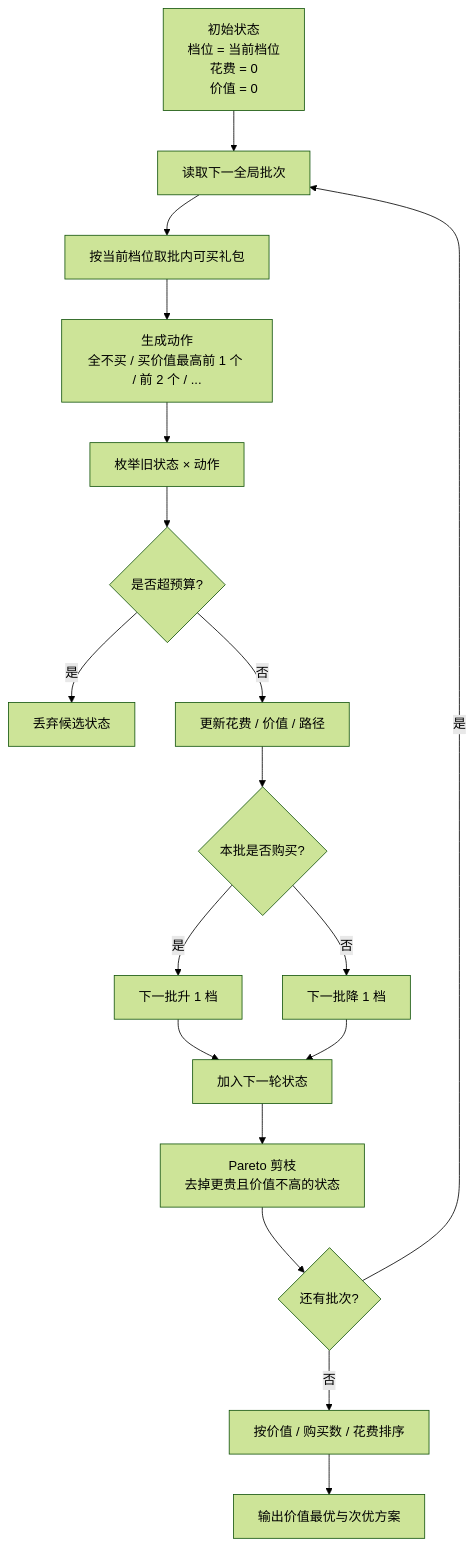
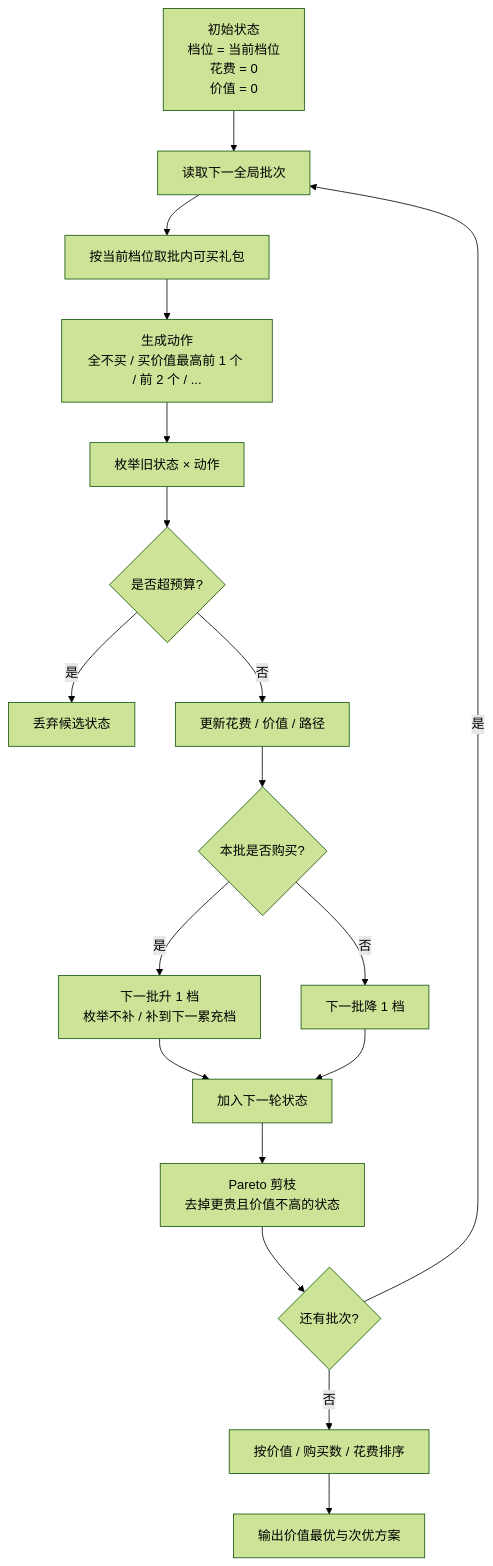
One commit to hitazuki/mementomori-calculator changed the third of 4 diagrams in doc/items/UltraSalePack/path-planning-visual.md. Above: the diagram before and after it, drawn with Mermaid (forest theme). The commit also changed other lines of this file and 5 other files, not shown here.

````diff
--- a/doc/items/UltraSalePack/path-planning-visual.md
+++ b/doc/items/UltraSalePack/path-planning-visual.md
@@ -41,20 +40,20 @@
 ```mermaid
 flowchart TD
   A["初始状态<br/>档位 = 当前档位<br/>花费 = 0<br/>价值 = 0"] --> B["读取下一全局批次"]
   B --> C["按当前档位取批内可买礼包"]
   C --> D["生成动作<br/>全不买 / 买价值最高前 1 个 / 前 2 个 / ..."]
   D --> E["枚举旧状态 × 动作"]
   E --> F{"是否超预算?"}
   F -- "是" --> G["丢弃候选状态"]
   F -- "否" --> H["更新花费 / 价值 / 路径"]
   H --> I{"本批是否购买?"}
-  I -- "是" --> J["下一批升 1 档"]
+  I -- "是" --> J["下一批升 1 档<br/>枚举不补 / 补到下一累充档"]
   I -- "否" --> K["下一批降 1 档"]
   J --> L["加入下一轮状态"]
   K --> L
   L --> M["Pareto 剪枝<br/>去掉更贵且价值不高的状态"]
   M --> N{"还有批次?"}
   N -- "是" --> B
   N -- "否" --> O["按价值 / 购买数 / 花费排序"]
   O --> P["输出价值最优与次优方案"]
 ```
````
